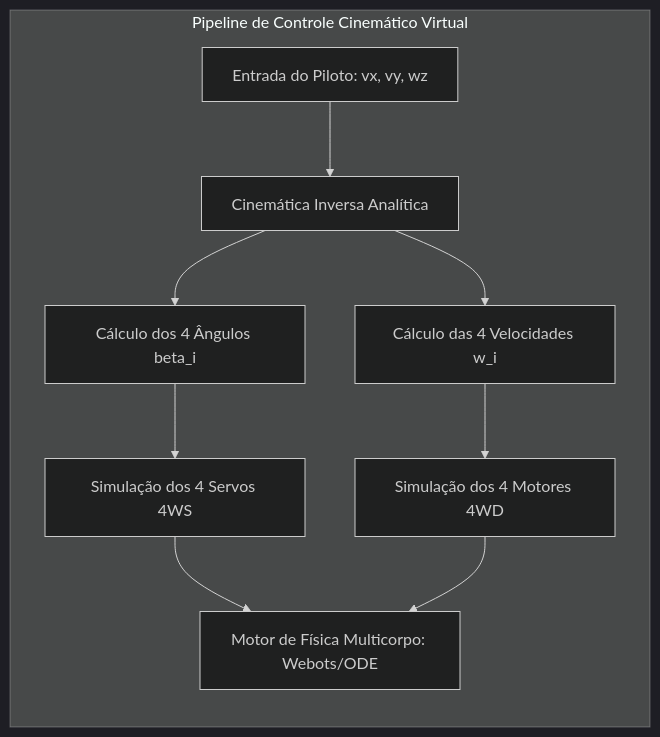
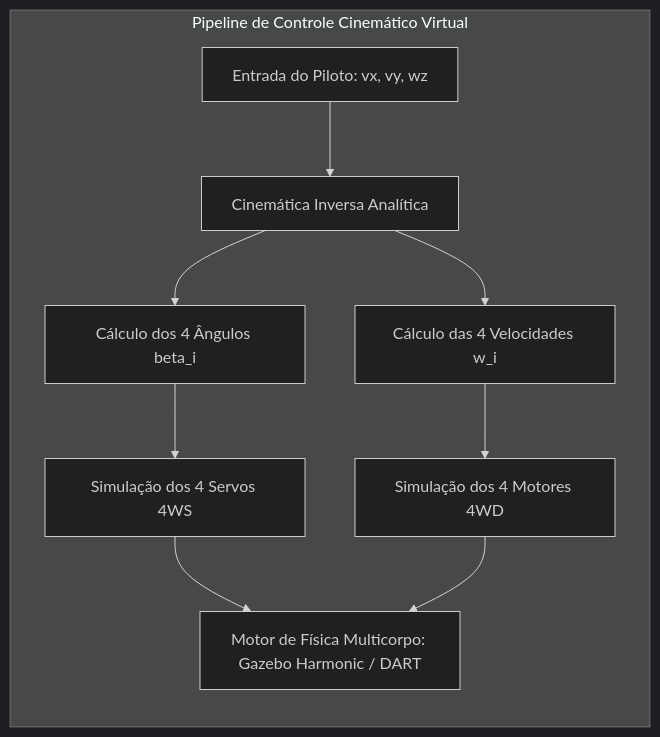
The diagram in 03_Simulacao_e_Prototipacao_Digital/02_Simulacao_Dinamica_e_Controle.md (eduardomatheusfigueira/rovers), drawn with Mermaid (dark theme) before and after one commit. The commit also changed other lines of this file and 69 other files, not shown here.

````diff
--- a/03_Simulacao_e_Prototipacao_Digital/02_Simulacao_Dinamica_e_Controle.md
+++ b/03_Simulacao_e_Prototipacao_Digital/02_Simulacao_Dinamica_e_Controle.md
@@ -21,11 +35,11 @@
 ```mermaid
 graph LR
     subgraph Pipeline de Controle Cinemático Virtual
         CMD[Entrada do Piloto: vx, vy, wz] --> INV[Cinemática Inversa Analítica]
         INV --> B1[Cálculo dos 4 Ângulos beta_i]
         INV --> B2[Cálculo das 4 Velocidades w_i]
         B1 --> SIM_S[Simulação dos 4 Servos 4WS]
         B2 --> SIM_M[Simulação dos 4 Motores 4WD]
-        SIM_S & SIM_M --> PHYS[Motor de Física Multicorpo: Webots/ODE]
+        SIM_S & SIM_M --> PHYS[Motor de Física Multicorpo: Gazebo Harmonic / DART]
     end
 ```
````
